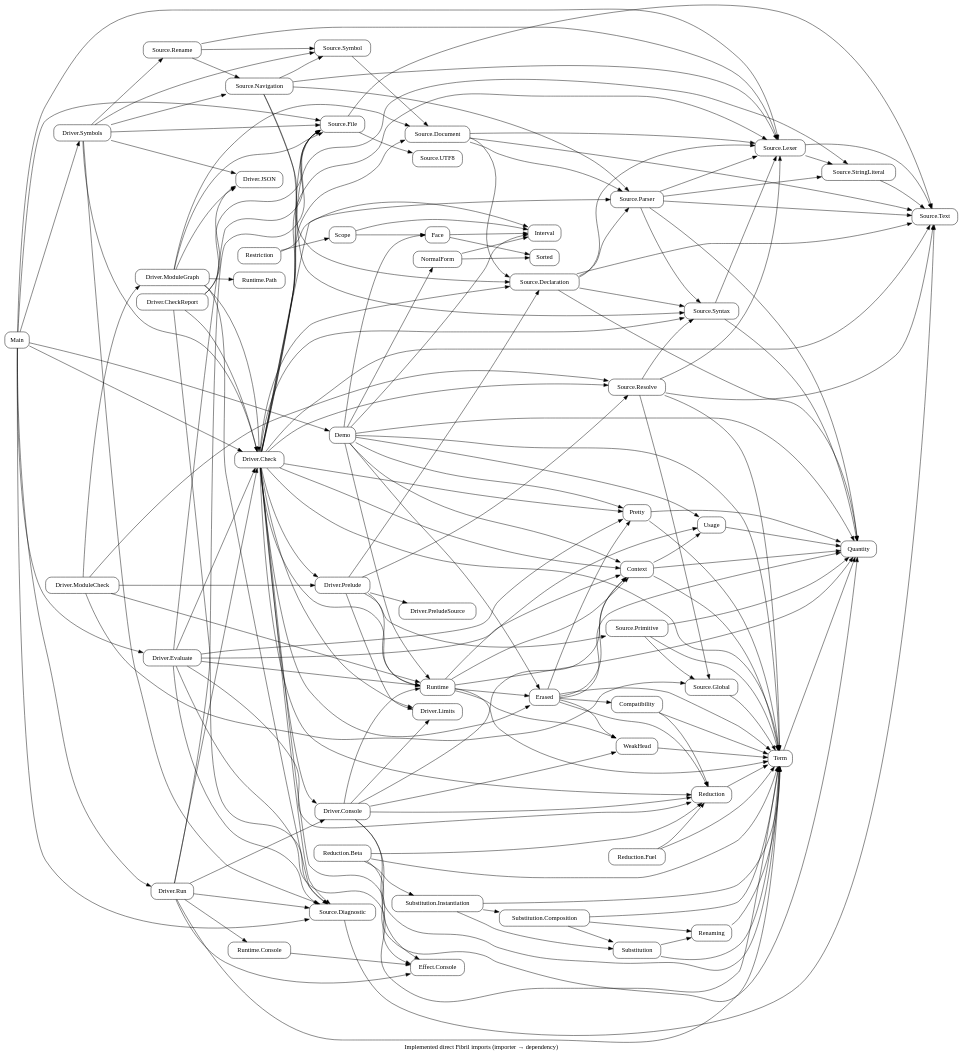
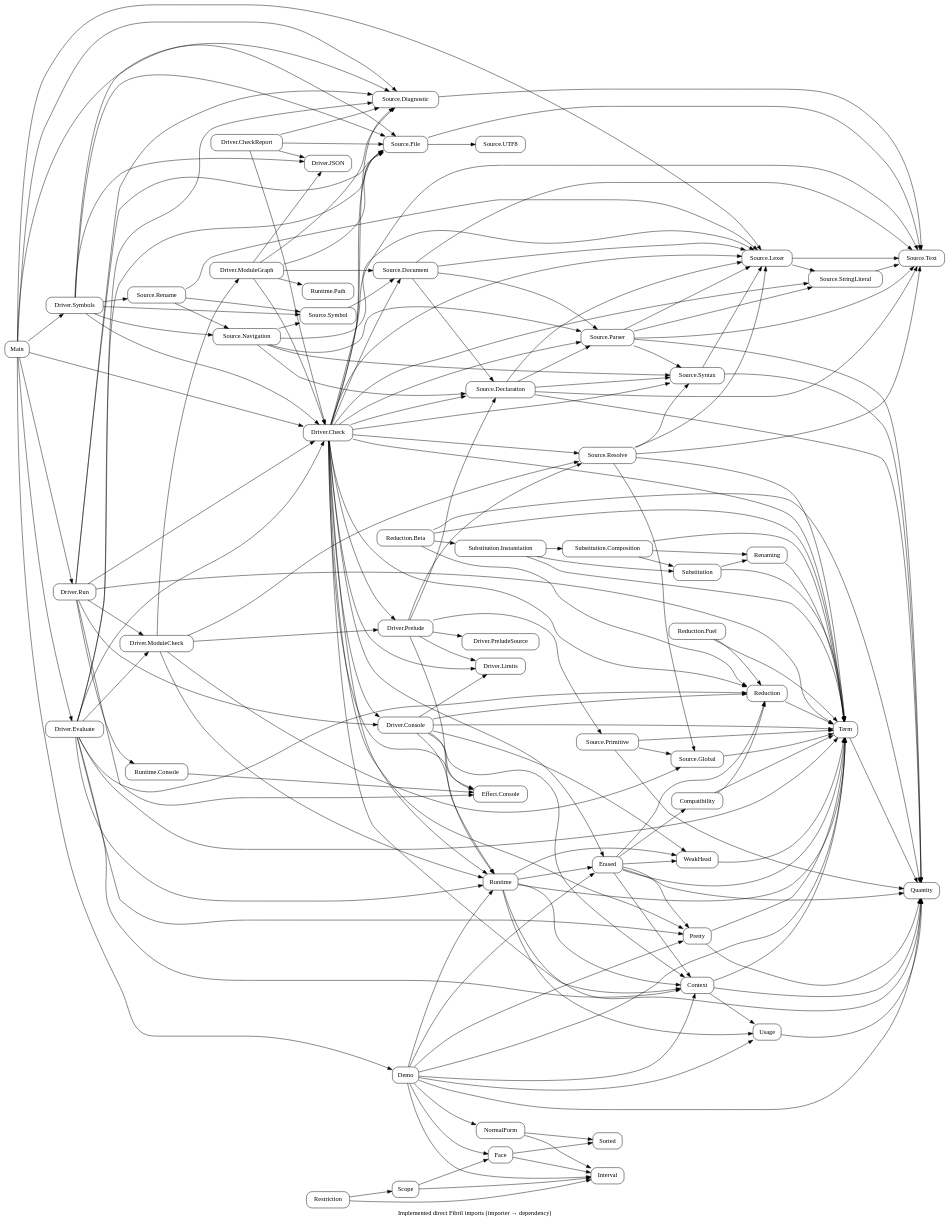
Before and after one commit to odunboye/fibril: the diagram in docs/diagrams/modules.dot, drawn with Graphviz. The commit also changed 14 other files, not shown here.

Commit message:
Evaluate and run checked local module projects

```diff
--- a/docs/diagrams/modules.dot
+++ b/docs/diagrams/modules.dot
@@ -1,51 +1,53 @@
 digraph Modules {
 rankdir=LR; node [shape=box,style=rounded];
 "Source.File" -> {"Source.UTF8" "Source.Text"};
 Main -> {"Source.File" "Source.Lexer" "Source.Diagnostic"};
 "Source.Diagnostic" -> "Source.Text";
 "Source.Declaration" -> {Quantity "Source.Text" "Source.Lexer" "Source.Syntax" "Source.Parser"};
 "Source.Lexer" -> {"Source.Text" "Source.StringLiteral"};
 "Source.StringLiteral" -> "Source.Text";
 "Driver.Console" -> {Context Term Runtime Reduction WeakHead "Effect.Console" "Driver.Limits"};
 "Runtime.Console" -> "Effect.Console";
 "Driver.Run" -> {Term "Source.File" "Source.Diagnostic" "Effect.Console" "Runtime.Console" "Driver.Check" "Driver.Console"};
 "Source.Syntax" -> {Quantity "Source.Lexer"};
 "Source.Parser" -> {Quantity "Source.Text" "Source.Lexer" "Source.Syntax" "Source.StringLiteral"};
 "Source.Resolve" -> {Term "Source.Text" "Source.Lexer" "Source.Syntax" "Source.Global"};
 "Driver.Check" -> {"Source.Text" "Source.Lexer" "Source.Syntax" "Source.Parser" "Source.Declaration" "Source.StringLiteral" "Source.Resolve" "Source.File" "Source.Diagnostic" Term Context Pretty Erased Runtime "Driver.Console" "Effect.Console"};
 "Driver.Prelude" -> {Runtime "Source.Declaration" "Source.Resolve" "Source.Primitive" "Driver.PreludeSource" "Driver.Limits"};
 "Source.Primitive" -> {"Source.Global" Term Quantity};
 "Source.Global" -> Term;
 "Driver.Check" -> {"Driver.Prelude" "Driver.Limits" Reduction};
 "Source.Rename" -> {"Source.Navigation" "Source.Symbol" "Source.Lexer"};
 "Driver.Symbols" -> {"Source.Rename" "Driver.JSON"};
 "Driver.CheckReport" -> {"Driver.Check" "Driver.JSON" "Source.File" "Source.Diagnostic"};
 "Source.Navigation" -> {"Source.Symbol" "Source.Declaration" "Source.Parser" "Source.Lexer" "Source.Syntax"};
 "Driver.Symbols" -> "Source.Navigation";
+"Driver.Evaluate" -> "Driver.ModuleCheck";
+"Driver.Run" -> "Driver.ModuleCheck";
 "Driver.ModuleCheck" -> {"Driver.ModuleGraph" "Driver.Prelude" "Source.Resolve" Runtime "Source.Global"};
 "Driver.ModuleGraph" -> {"Runtime.Path" "Source.Document" "Source.File" "Source.Diagnostic" "Driver.JSON" "Driver.Check"};
 "Source.Document" -> {"Source.Declaration" "Source.Parser" "Source.Lexer" "Source.Text"};
 "Source.Symbol" -> "Source.Document";
 "Driver.Check" -> "Source.Document";
 "Driver.Symbols" -> {"Source.Symbol" "Driver.Check" "Source.File" "Source.Diagnostic"};
 Main -> {"Driver.Symbols" "Driver.Check" "Driver.Evaluate" "Driver.Run"};
 "Driver.Evaluate" -> {Context Term Pretty Reduction Runtime "Source.File" "Source.Diagnostic" "Driver.Check"};
 Quantity; Interval; NormalForm; Face; Scope; Restriction; Term;
 NormalForm -> {Interval Sorted}; Face -> {Interval Sorted};
 Scope -> {Interval Face}; Restriction -> {Interval Scope};
 Demo -> {Quantity Term Context Usage Pretty Erased Runtime Interval NormalForm Face};
 Main -> Demo;
 Pretty -> {Quantity Term};
 Term -> Quantity; Usage -> Quantity; Context -> {Quantity Term Usage};
 Reduction -> Term; WeakHead -> Term;
 Compatibility -> {Term Reduction};
 Renaming -> Term;
 Substitution -> {Term Renaming};
 "Substitution.Composition" -> {Term Renaming Substitution};
 "Substitution.Instantiation" -> {Term Substitution "Substitution.Composition"};
 "Reduction.Beta" -> {Quantity Term Reduction "Substitution.Instantiation"};
 "Reduction.Fuel" -> {Term Reduction};
 Erased -> {Quantity Term Pretty Context Compatibility WeakHead Reduction};
 Runtime -> {Quantity Term Context Usage WeakHead Erased};
 label="Implemented direct Fibril imports (importer → dependency)";
 }
```
